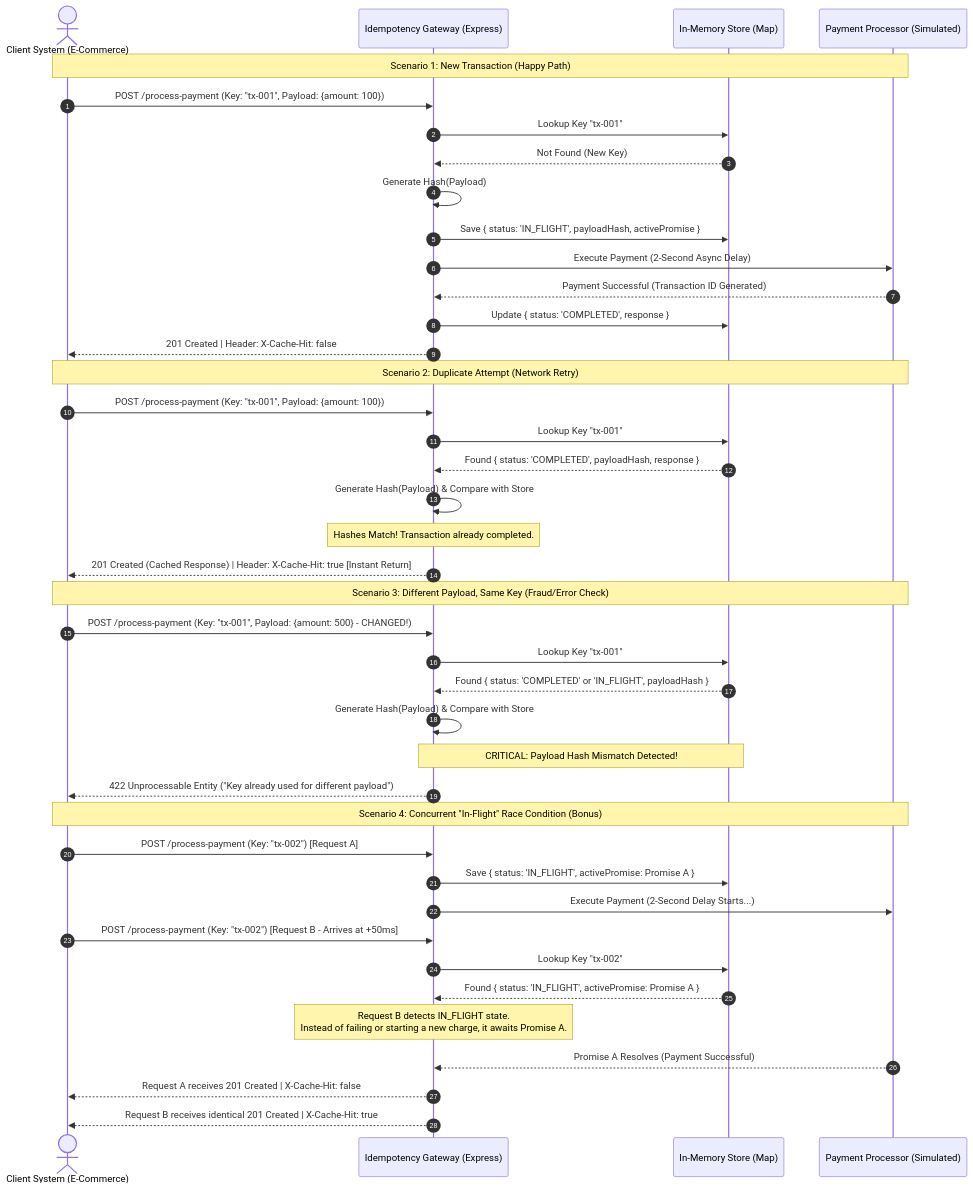
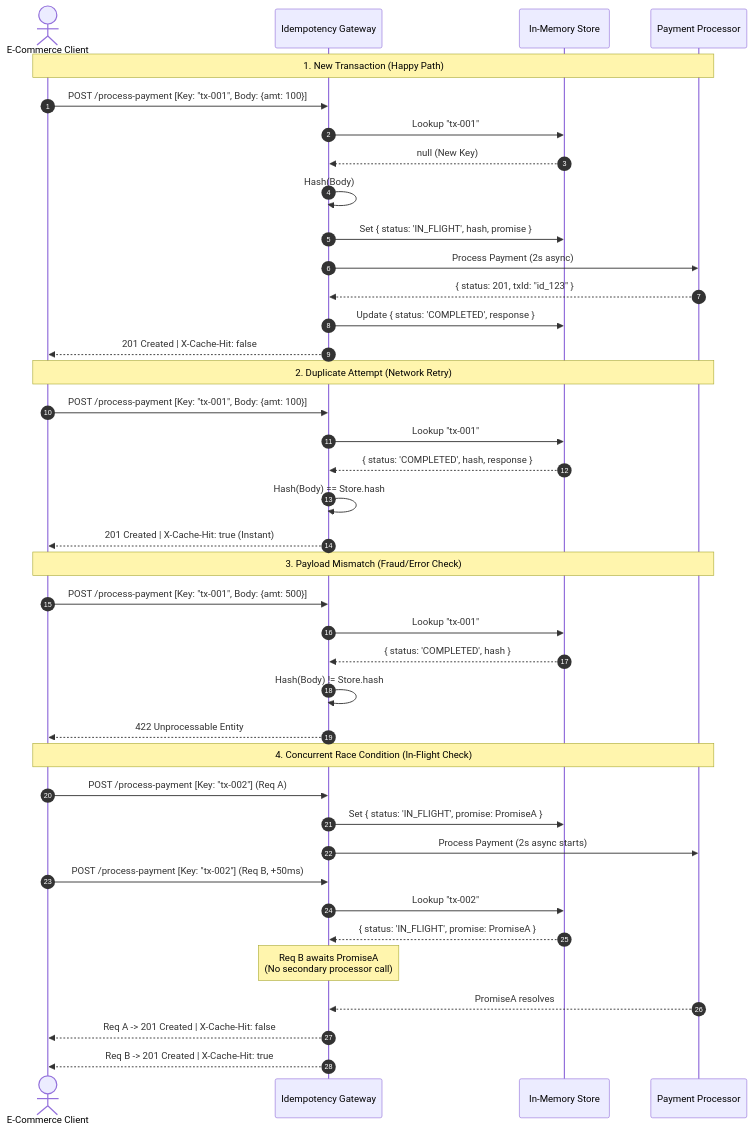
One commit to NiloCodes/Idempotency-Gateway changed the diagram in README.md. Above: the diagram before and after it, drawn with Mermaid.

Commit message:
Refactor sequence diagram for clarity and consistency

````diff
--- a/README.md
+++ b/README.md
@@ -5,60 +5,58 @@
 ```mermaid
 sequenceDiagram
     autonumber
-    actor Client as Client System (E-Commerce)
-    participant Gateway as Idempotency Gateway (Express)
-    participant Store as In-Memory Store (Map)
-    participant Processor as Payment Processor (Simulated)
+    actor Client as E-Commerce Client
+    participant Gateway as Idempotency Gateway
+    participant Store as In-Memory Store
+    participant Processor as Payment Processor
 
     %% ==========================================
-    %% SCENARIO 1: FIRST TRANSACTION (HAPPY PATH)
+    %% 1. FIRST TRANSACTION (HAPPY PATH)
     %% ==========================================
-    Note over Client, Processor: Scenario 1: New Transaction (Happy Path)
-    Client->>Gateway: POST /process-payment (Key: "tx-001", Payload: {amount: 100})
-    Gateway->>Store: Lookup Key "tx-001"
-    Store-->>Gateway: Not Found (New Key)
-    Gateway->>Gateway: Generate Hash(Payload)
-    Gateway->>Store: Save { status: 'IN_FLIGHT', payloadHash, activePromise }
-    Gateway->>Processor: Execute Payment (2-Second Async Delay)
-    Processor-->>Gateway: Payment Successful (Transaction ID Generated)
+    Note over Client, Processor: 1. New Transaction (Happy Path)
+    Client->>Gateway: POST /process-payment [Key: "tx-001", Body: {amt: 100}]
+    Gateway->>Store: Lookup "tx-001"
+    Store-->>Gateway: null (New Key)
+    Gateway->>Gateway: Hash(Body)
+    Gateway->>Store: Set { status: 'IN_FLIGHT', hash, promise }
+    Gateway->>Processor: Process Payment (2s async)
+    Processor-->>Gateway: { status: 201, txId: "id_123" }
     Gateway->>Store: Update { status: 'COMPLETED', response }
-    Gateway-->>Client: 201 Created | Header: X-Cache-Hit: false
+    Gateway-->>Client: 201 Created | X-Cache-Hit: false
 
     %% ==========================================
-    %% SCENARIO 2: DUPLICATE ATTEMPT (CACHED HIT)
+    %% 2. DUPLICATE ATTEMPT (CACHED HIT)
     %% ==========================================
-    Note over Client, Processor: Scenario 2: Duplicate Attempt (Network Retry)
-    Client->>Gateway: POST /process-payment (Key: "tx-001", Payload: {amount: 100})
-    Gateway->>Store: Lookup Key "tx-001"
-    Store-->>Gateway: Found { status: 'COMPLETED', payloadHash, response }
-    Gateway->>Gateway: Generate Hash(Payload) & Compare with Store
-    Note over Gateway: Hashes Match! Transaction already completed.
-    Gateway-->>Client: 201 Created (Cached Response) | Header: X-Cache-Hit: true [Instant Return]
+    Note over Client, Processor: 2. Duplicate Attempt (Network Retry)
+    Client->>Gateway: POST /process-payment [Key: "tx-001", Body: {amt: 100}]
+    Gateway->>Store: Lookup "tx-001"
+    Store-->>Gateway: { status: 'COMPLETED', hash, response }
+    Gateway->>Gateway: Hash(Body) == Store.hash
+    Gateway-->>Client: 201 Created | X-Cache-Hit: true (Instant)
 
     %% ==========================================
-    %% SCENARIO 3: FRAUD / ERROR CHECK (MISMATCH)
+    %% 3. PAYLOAD MISMATCH (ERROR CHECK)
     %% ==========================================
-    Note over Client, Processor: Scenario 3: Different Payload, Same Key (Fraud/Error Check)
-    Client->>Gateway: POST /process-payment (Key: "tx-001", Payload: {amount: 500} - CHANGED!)
-    Gateway->>Store: Lookup Key "tx-001"
-    Store-->>Gateway: Found { status: 'COMPLETED' or 'IN_FLIGHT', payloadHash }
-    Gateway->>Gateway: Generate Hash(Payload) & Compare with Store
-    Note over Gateway, Store: CRITICAL: Payload Hash Mismatch Detected!
-    Gateway-->>Client: 422 Unprocessable Entity ("Key already used for different payload")
+    Note over Client, Processor: 3. Payload Mismatch (Fraud/Error Check)
+    Client->>Gateway: POST /process-payment [Key: "tx-001", Body: {amt: 500}]
+    Gateway->>Store: Lookup "tx-001"
+    Store-->>Gateway: { status: 'COMPLETED', hash }
+    Gateway->>Gateway: Hash(Body) != Store.hash
+    Gateway-->>Client: 422 Unprocessable Entity
 
     %% ==========================================
-    %% SCENARIO 4: CONCURRENT RACE CONDITION
+    %% 4. IN-FLIGHT RACE CONDITION (BONUS)
     %% ==========================================
-    Note over Client, Processor: Scenario 4: Concurrent "In-Flight" Race Condition (Bonus)
-    Client->>Gateway: POST /process-payment (Key: "tx-002") [Request A]
-    Gateway->>Store: Save { status: 'IN_FLIGHT', activePromise: Promise A }
-    Gateway->>Processor: Execute Payment (2-Second Delay Starts...)
+    Note over Client, Processor: 4. Concurrent Race Condition (In-Flight Check)
+    Client->>Gateway: POST /process-payment [Key: "tx-002"] (Req A)
+    Gateway->>Store: Set { status: 'IN_FLIGHT', promise: PromiseA }
+    Gateway->>Processor: Process Payment (2s async starts)
     
-    Client->>Gateway: POST /process-payment (Key: "tx-002") [Request B - Arrives at +50ms]
-    Gateway->>Store: Lookup Key "tx-002"
-    Store-->>Gateway: Found { status: 'IN_FLIGHT', activePromise: Promise A }
-    Note over Gateway: Request B detects IN_FLIGHT state.<br/>Instead of failing or starting a new charge, it awaits Promise A.
-    Processor-->>Gateway: Promise A Resolves (Payment Successful)
-    Gateway-->>Client: Request A receives 201 Created | X-Cache-Hit: false
-    Gateway-->>Client: Request B receives identical 201 Created | X-Cache-Hit: true
+    Client->>Gateway: POST /process-payment [Key: "tx-002"] (Req B, +50ms)
+    Gateway->>Store: Lookup "tx-002"
+    Store-->>Gateway: { status: 'IN_FLIGHT', promise: PromiseA }
+    Note over Gateway: Req B awaits PromiseA<br/>(No secondary processor call)
+    Processor-->>Gateway: PromiseA resolves
+    Gateway-->>Client: Req A -> 201 Created | X-Cache-Hit: false
+    Gateway-->>Client: Req B -> 201 Created | X-Cache-Hit: true
 ```
````
